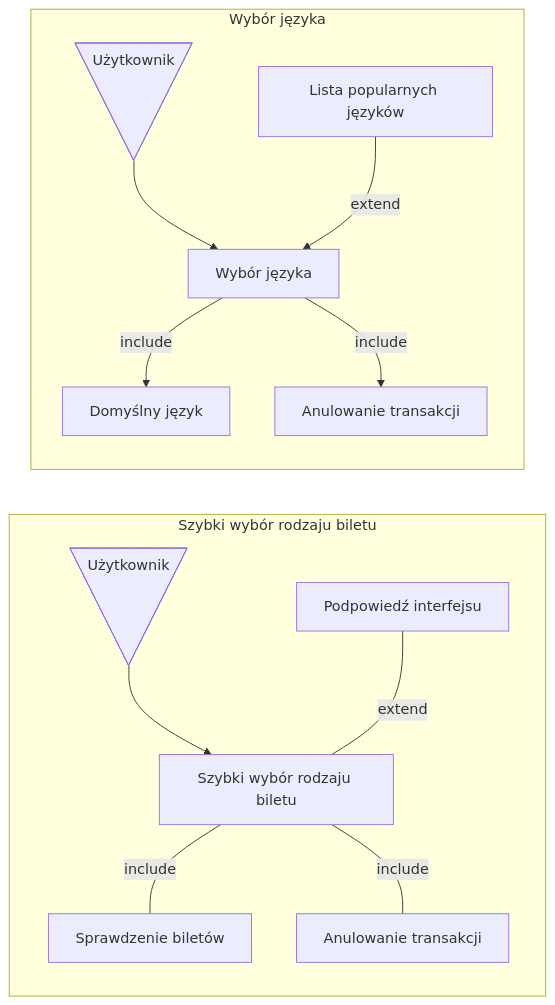
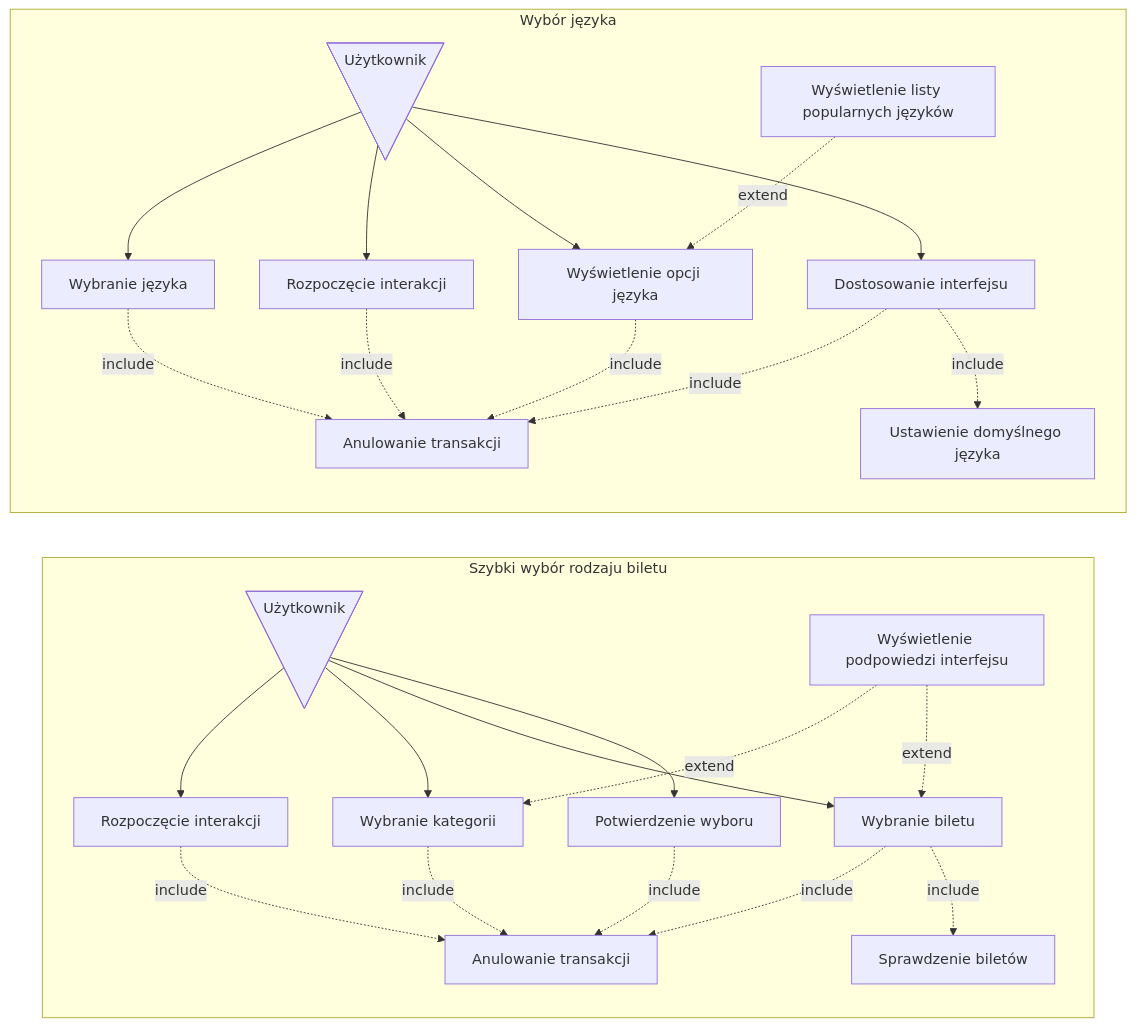
The first of 2 diagrams in userstories/user.md (MarcinMarszewski/dowolna_nazwa), drawn with Mermaid before and after one commit.

Commit message:
fix 2 subdiagrams in user.md

````diff
--- a/userstories/user.md
+++ b/userstories/user.md
@@ -14,25 +14,51 @@
 ```mermaid
 flowchart LR
 subgraph "Szybki wybór rodzaju biletu"
   A@{ shape: manual-file, label: "Użytkownik" }
-  id1[Szybki wybór rodzaju biletu]
+  id1[Rozpoczęcie interakcji]
   id2[Sprawdzenie biletów]
   id3[Anulowanie transakcji]
-  id4[Podpowiedź interfejsu]
+  id4[Wyświetlenie podpowiedzi interfejsu]
+  id11[Wybranie kategorii]
+  id111[Wybranie biletu]
+  id1111[Potwierdzenie wyboru]
 
   A --> id1
-  id1-- include ---id2
-  id1-- include ---id3
-  id4-- extend ---id1
+  A --> id11
+  A --> id111
+  A --> id1111
+  id1-. include .-> id3
+  id11-. include .-> id3
+  id111-. include .-> id3
+  id1111-. include .-> id3
+  id111-. include .-> id2
+  id4-. extend .-> id11
+  id4-. extend .-> id111
+  
 end
 subgraph "Wybór języka"
   B@{ shape: manual-file, label: "Użytkownik" }
+  id5[Wybranie języka]
+  id6[Ustawienie domyślnego języka]
+  id7[Anulowanie transakcji]
+  id8[Wyświetlenie listy popularnych języków]
+  id22[Rozpoczęcie interakcji]
+  id222[Wyświetlenie opcji języka]
+  id2222[Dostosowanie interfejsu]
+
   B --> id5;
-  id5[Wybór języka] --include--> id6;
-  id5 --include--> id7;
-  id8 --extend--> id5;
-  id6[Domyślny język];
-  id7[Anulowanie transakcji];
-  id8[Lista popularnych języków];
+  B --> id22;
+  B --> id222;
+  B --> id2222;
+  id5-. include .-> id7
+  id22-. include .-> id7
+  id222-. include .-> id7
+  id2222-. include .-> id7
+  id2222-. include .-> id6
+  id8-. extend .-> id222
+  
+
+
+
 end
 ```
````
